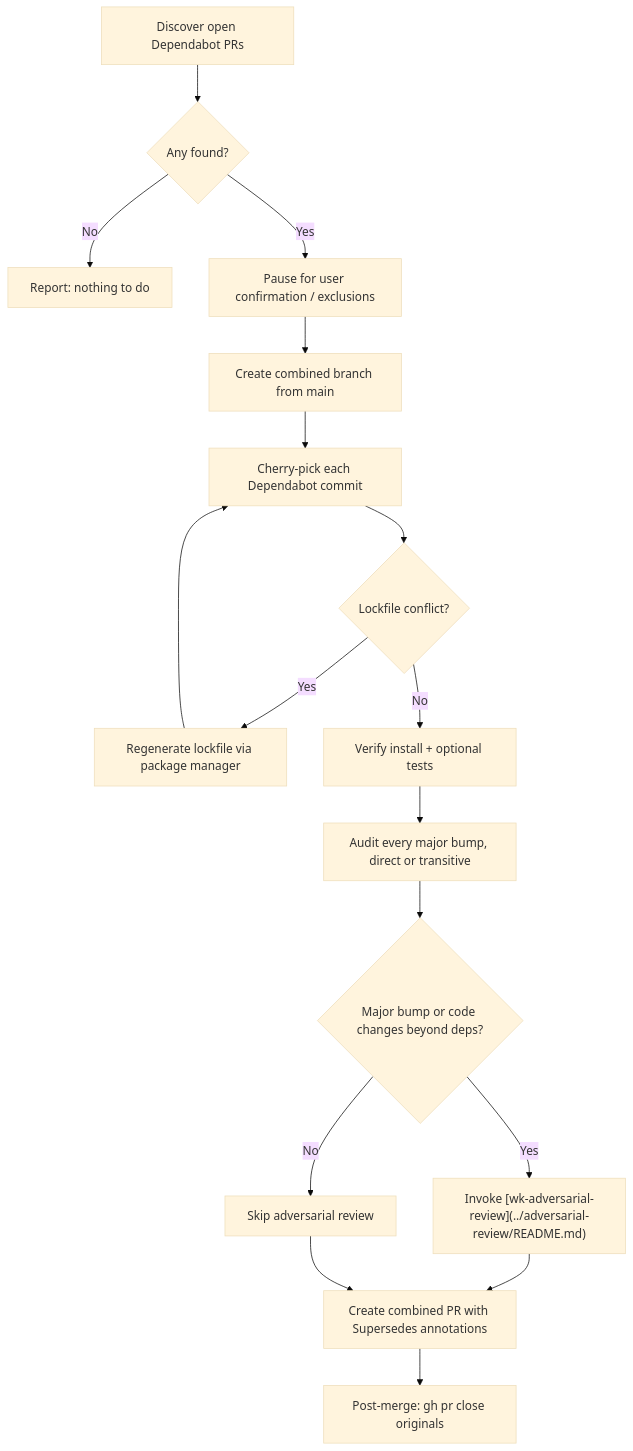
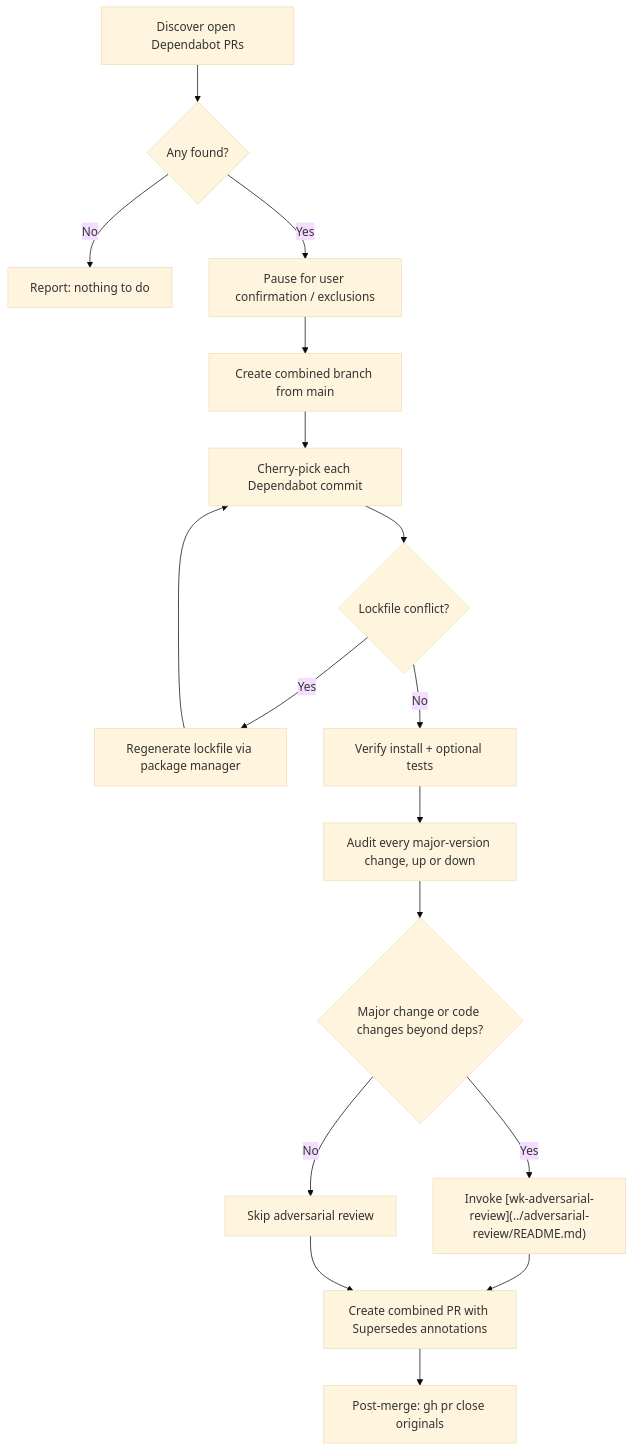
The diagram in skills/renovate/README.md (whizzzkid/skills), drawn with Mermaid (base theme) before and after one commit. The commit also changed other lines of this file and 5 other files, not shown here.

First line of the commit message:
feat(renovate): 🛡️ audit major downgrades and default-behavior changes

````diff
--- a/skills/renovate/README.md
+++ b/skills/renovate/README.md
@@ -24,19 +24,19 @@
 ```mermaid
 flowchart TD
     A[Discover open Dependabot PRs] --> B{Any found?}
     B -- No --> Z[Report: nothing to do]
     B -- Yes --> B2[Pause for user confirmation / exclusions]
     B2 --> C[Create combined branch from main]
     C --> D[Cherry-pick each Dependabot commit]
     D --> E{Lockfile conflict?}
     E -- Yes --> F[Regenerate lockfile via package manager]
     F --> D
     E -- No --> G[Verify install + optional tests]
-    G --> G2[Audit every major bump, direct or transitive]
-    G2 --> H{Major bump or code changes beyond deps?}
+    G --> G2[Audit every major-version change, up or down]
+    G2 --> H{Major change or code changes beyond deps?}
     H -- Yes --> I["Invoke [wk-adversarial-review](../adversarial-review/README.md)"]
     H -- No --> J[Skip adversarial review]
     I --> K[Create combined PR with Supersedes annotations]
     J --> K
     K --> L[Post-merge: gh pr close originals]
 ```
````
